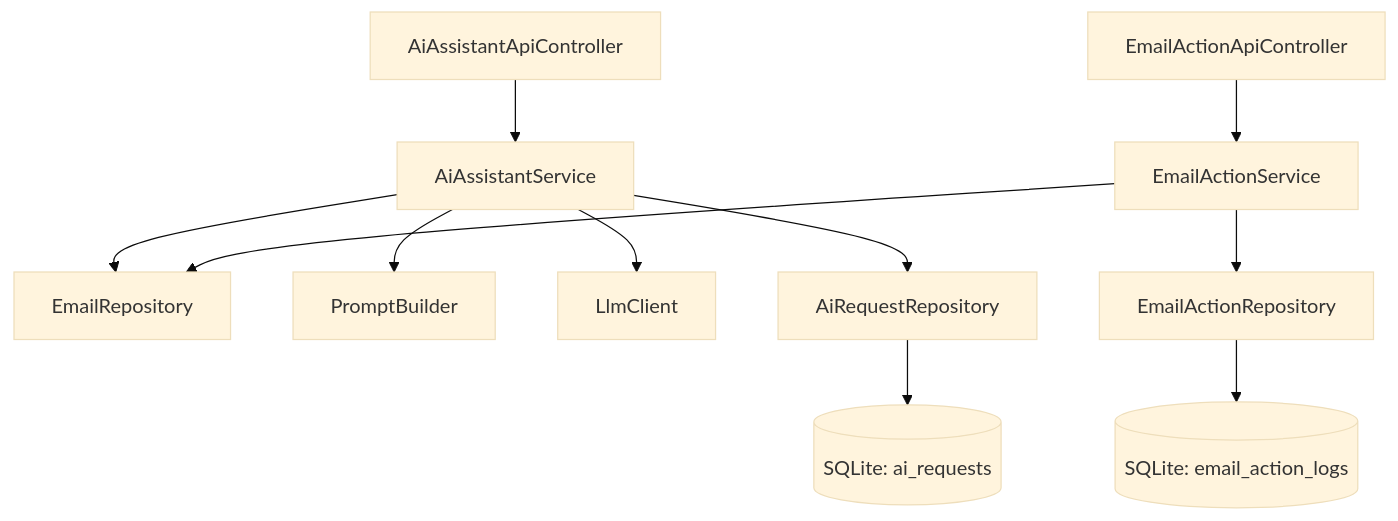
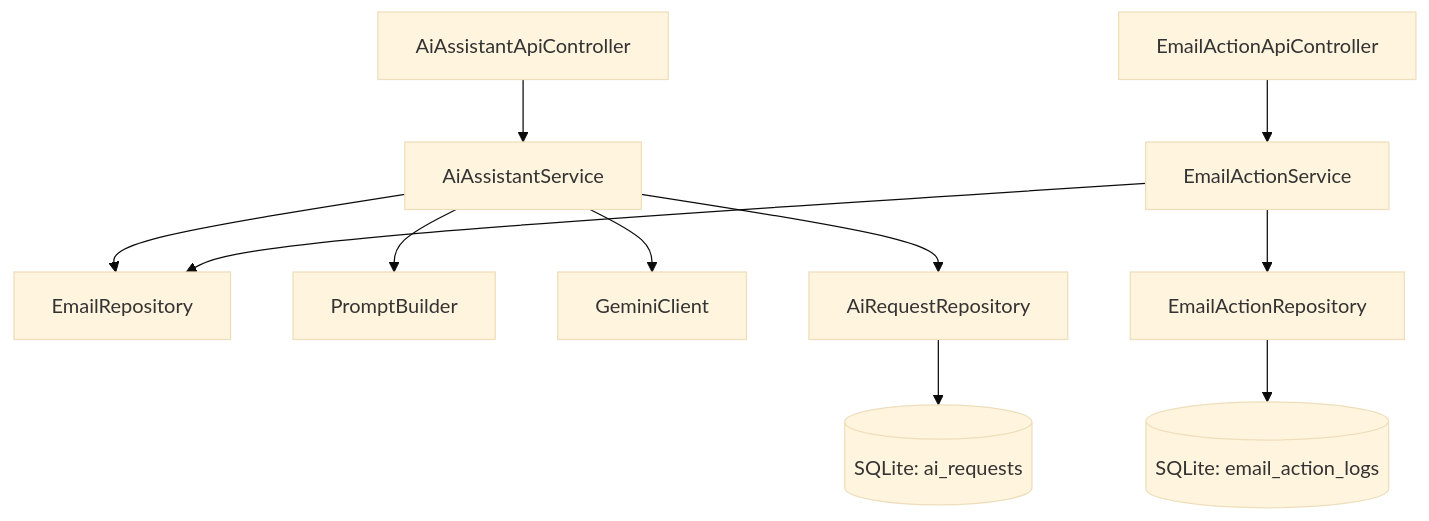
Before and after one commit to XunSong02/OutlookPlus: diagram 15 of 20 in backend/backend_specification_Modules.md, drawn with Mermaid (base theme). The commit also changed other lines of this file and 8 other files, not shown here.

````diff
--- a/backend/backend_specification_Modules.md
+++ b/backend/backend_specification_Modules.md
@@ -1117,13 +1259,13 @@
 ```mermaid
 flowchart TB
 	API[AiAssistantApiController] --> AiSvc[AiAssistantService]
 	API2[EmailActionApiController] --> ActSvc[EmailActionService]
 	AiSvc --> EmailRepo[EmailRepository]
 	AiSvc --> Prompt[PromptBuilder]
-	AiSvc --> LLM[LlmClient]
+	AiSvc --> LLM[GeminiClient]
 	AiSvc --> ReqRepo[AiRequestRepository]
 	ReqRepo --> ReqDB[(SQLite: ai_requests)]
 	ActSvc --> EmailRepo
 	ActSvc --> ActRepo[EmailActionRepository]
 	ActRepo --> ActDB[(SQLite: email_action_logs)]
 ```
````
